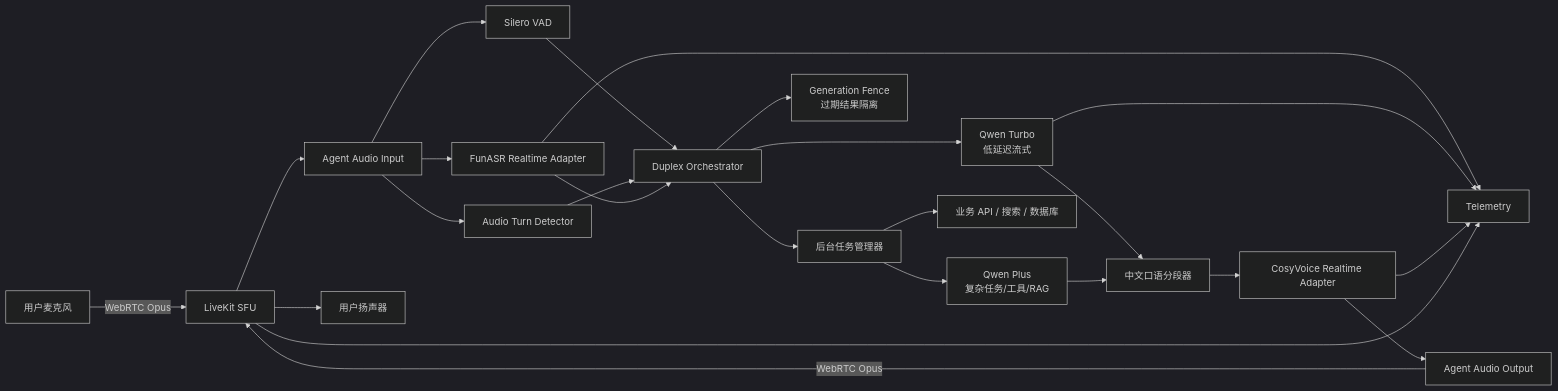
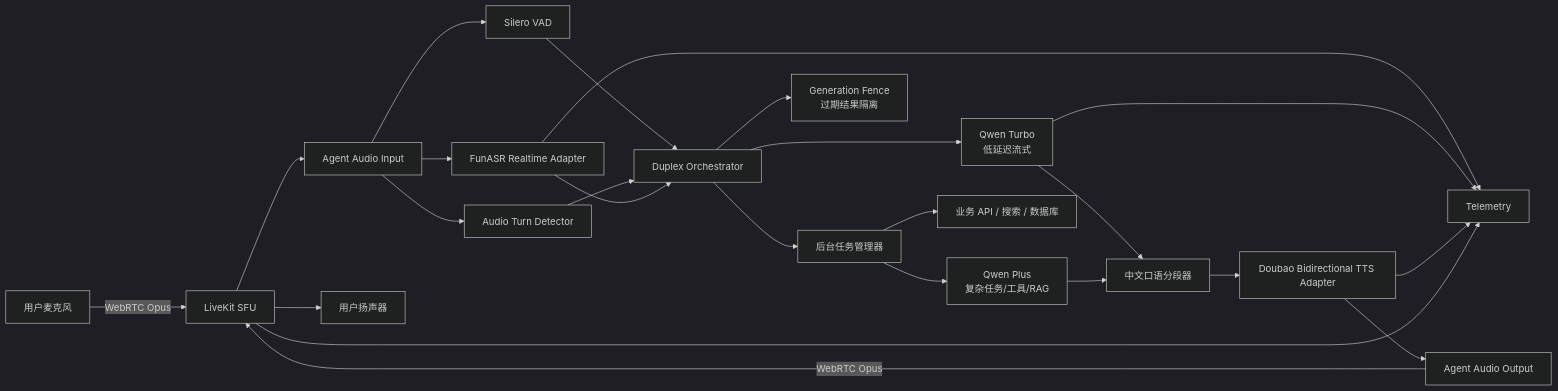
One commit to monkeyin92/memoria changed the diagram in full_duplex_voice_agent_architecture_zh.md. Above: the diagram before and after it, drawn with Mermaid (dark theme). The commit also changed other lines of this file and 130 other files, not shown here.

````diff
--- a/full_duplex_voice_agent_architecture_zh.md
+++ b/full_duplex_voice_agent_architecture_zh.md
@@ -138,30 +146,30 @@
 ```mermaid
 flowchart LR
     U[用户麦克风] -->|WebRTC Opus| LK[LiveKit SFU]
     LK --> IN[Agent Audio Input]
     IN --> VAD[Silero VAD]
     IN --> TD[Audio Turn Detector]
     IN --> ASR[FunASR Realtime Adapter]
 
     VAD --> ORCH[Duplex Orchestrator]
     TD --> ORCH
     ASR --> ORCH
 
     ORCH --> FAST[Qwen Turbo\n低延迟流式]
     ORCH --> TASK[后台任务管理器]
     TASK --> DEEP[Qwen Plus\n复杂任务/工具/RAG]
     TASK --> BIZ[业务 API / 搜索 / 数据库]
 
     FAST --> SEG[中文口语分段器]
     DEEP --> SEG
-    SEG --> TTS[CosyVoice Realtime Adapter]
+    SEG --> TTS[Doubao Bidirectional TTS Adapter]
     TTS --> OUT[Agent Audio Output]
     OUT -->|WebRTC Opus| LK
     LK --> SPK[用户扬声器]
 
     ORCH --> FENCE[Generation Fence\n过期结果隔离]
     ASR --> METRIC[Telemetry]
     FAST --> METRIC
     TTS --> METRIC
     LK --> METRIC
 ```
````
